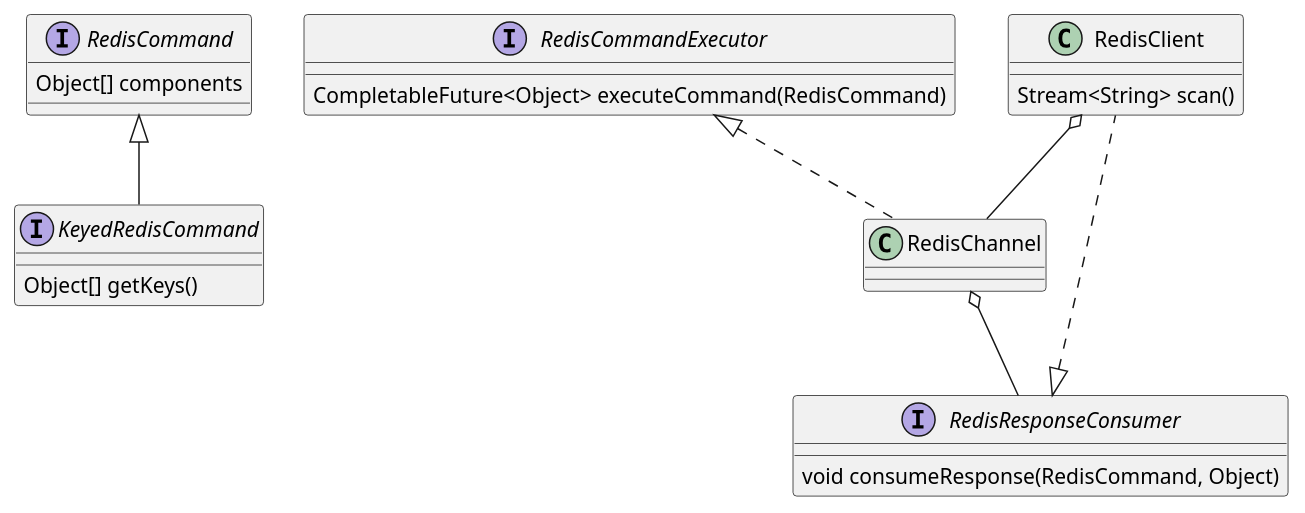
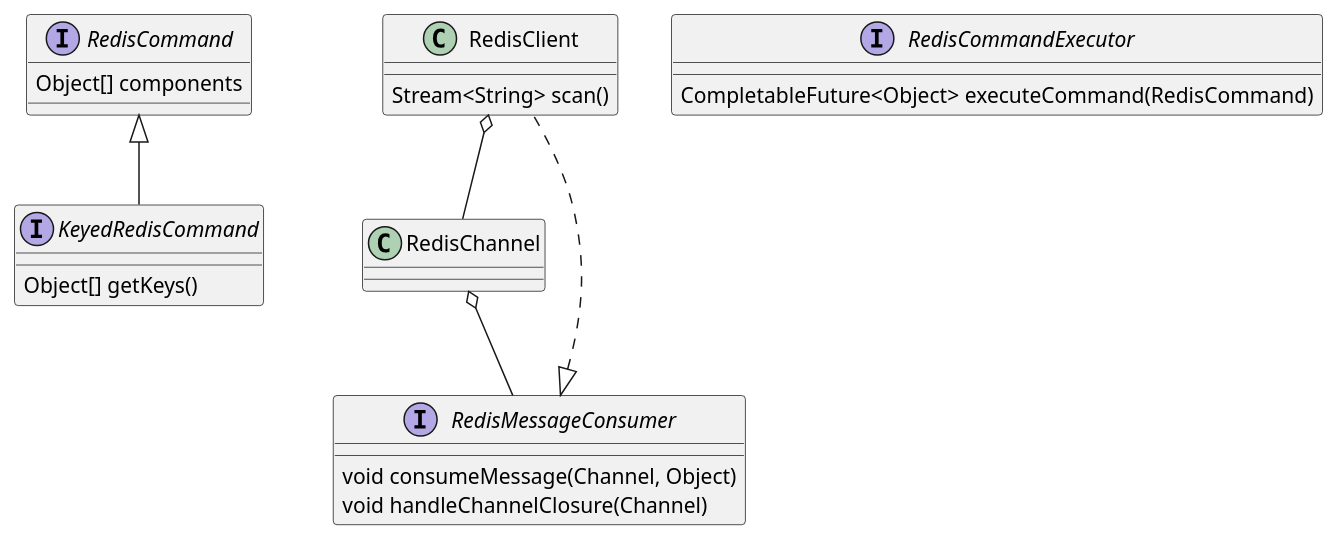
One commit to jchambers/rettys changed the diagram in src/main/java/com/eatthepath/rettys/doc-files/rettys.puml. Above: the diagram before and after it, drawn with PlantUML. The commit also changed 4 other files, not shown here.

```diff
--- a/src/main/java/com/eatthepath/rettys/doc-files/rettys.puml
+++ b/src/main/java/com/eatthepath/rettys/doc-files/rettys.puml
@@ -1,29 +1,27 @@
 @startuml
 
 interface RedisCommand {
     Object[] components
 }
 
 interface KeyedRedisCommand extends RedisCommand {
     Object[] getKeys()
 }
 
-class RedisClient implements RedisResponseConsumer {
+class RedisClient implements RedisMessageConsumer {
     Stream<String> scan()
 }
 
-class RedisChannel implements RedisCommandExecutor {
-}
-
-interface RedisResponseConsumer {
-    void consumeResponse(RedisCommand, Object)
+interface RedisMessageConsumer {
+    void consumeMessage(Channel, Object)
+    void handleChannelClosure(Channel)
 }
 
 interface RedisCommandExecutor {
     CompletableFuture<Object> executeCommand(RedisCommand)
 }
 
-RedisChannel o-- RedisResponseConsumer
+RedisChannel o-- RedisMessageConsumer
 RedisClient o-- RedisChannel
 
 @enduml
```
